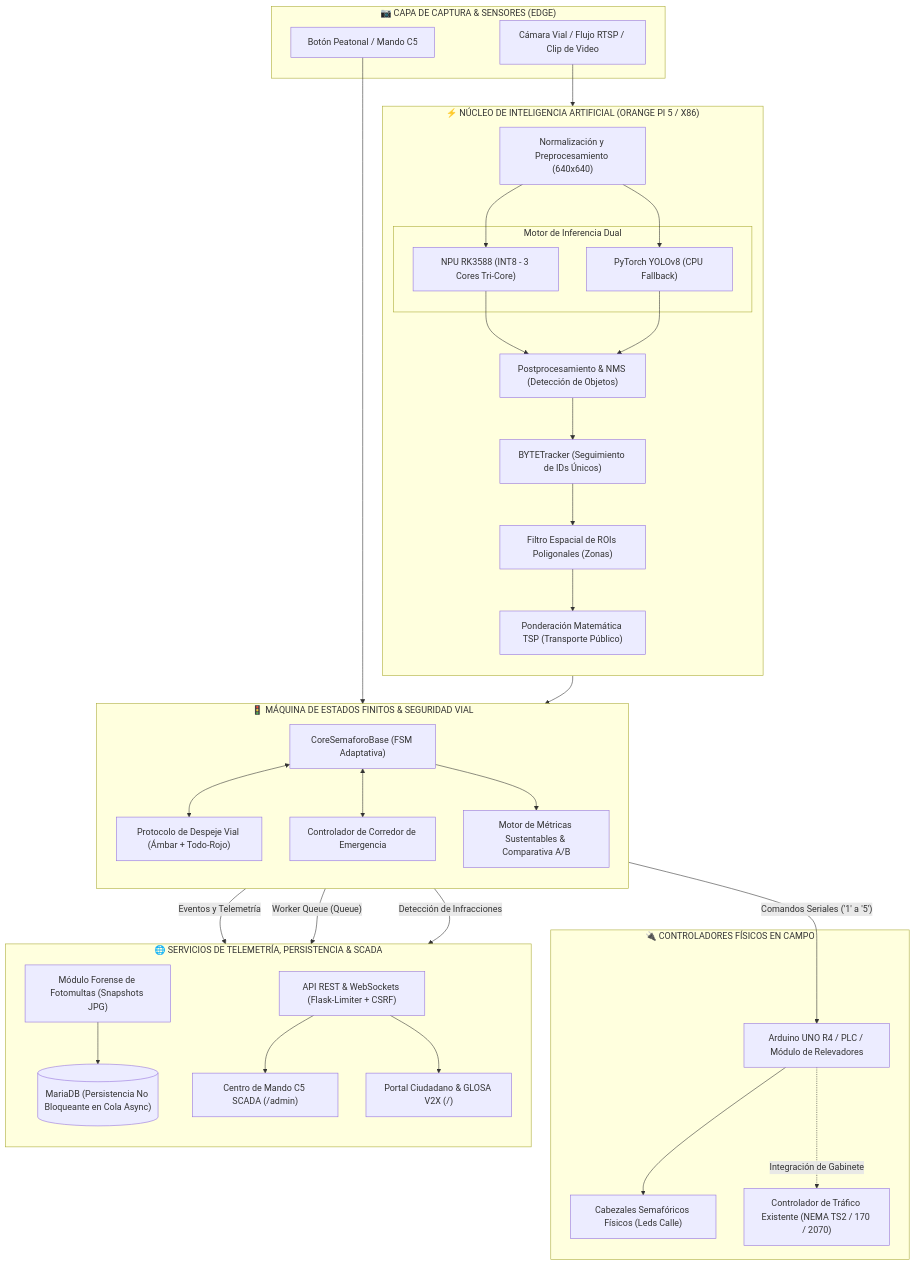
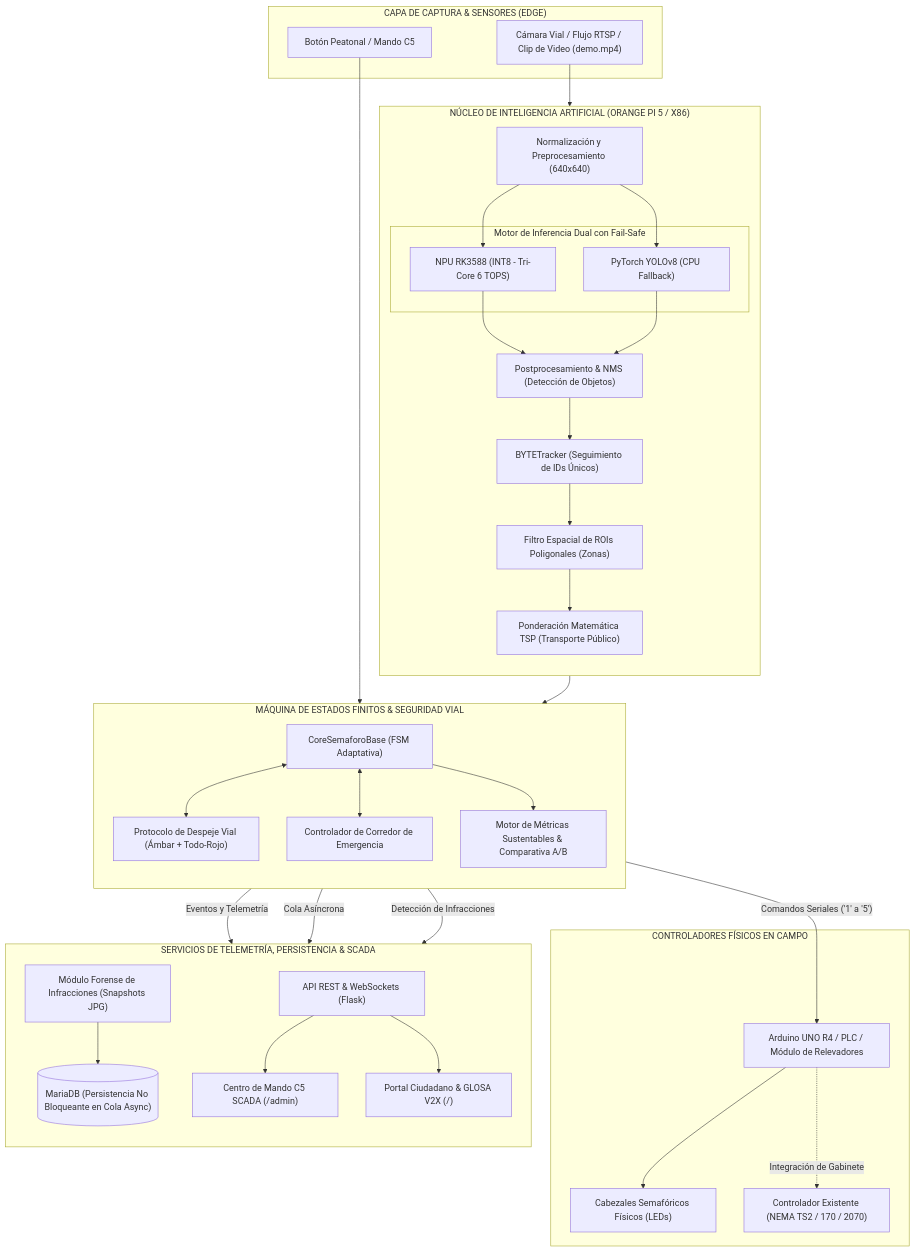
Before and after one commit to Pozole98/fluxa-smart-city: the diagram in README.md, drawn with Mermaid. The commit also changed other lines of this file and 5 other files, not shown here.

````diff
--- a/README.md
+++ b/README.md
@@ -52,73 +53,73 @@
 ```mermaid
 flowchart TD
-    subgraph SENSORICA ["📷 CAPA DE CAPTURA & SENSORES (EDGE)"]
-        CAM["Cámara Vial / Flujo RTSP / Clip de Video"]
+    subgraph SENSORICA ["CAPA DE CAPTURA & SENSORES (EDGE)"]
+        CAM["Cámara Vial / Flujo RTSP / Clip de Video (demo.mp4)"]
         CALL_BTN["Botón Peatonal / Mando C5"]
     end
 
-    subgraph PROCESAMIENTO ["⚡ NÚCLEO DE INTELIGENCIA ARTIFICIAL (ORANGE PI 5 / X86)"]
+    subgraph PROCESAMIENTO ["NÚCLEO DE INTELIGENCIA ARTIFICIAL (ORANGE PI 5 / X86)"]
         direction TB
         PRE["Normalización y Preprocesamiento (640x640)"]
         
-        subgraph INFERENCIA ["Motor de Inferencia Dual"]
-            RKNN["NPU RK3588 (INT8 - 3 Cores Tri-Core)"]
+        subgraph INFERENCIA ["Motor de Inferencia Dual con Fail-Safe"]
+            RKNN["NPU RK3588 (INT8 - Tri-Core 6 TOPS)"]
             CPU_ENGINE["PyTorch YOLOv8 (CPU Fallback)"]
         end
         
         POST["Postprocesamiento & NMS (Detección de Objetos)"]
         TRACKER["BYTETracker (Seguimiento de IDs Únicos)"]
         ROI["Filtro Espacial de ROIs Poligonales (Zonas)"]
         TSP["Ponderación Matemática TSP (Transporte Público)"]
     end
 
-    subgraph FSM_CORE ["🚦 MÁQUINA DE ESTADOS FINITOS & SEGURIDAD VIAL"]
+    subgraph FSM_CORE ["MÁQUINA DE ESTADOS FINITOS & SEGURIDAD VIAL"]
         direction TB
         FSM["CoreSemaforoBase (FSM Adaptativa)"]
         CLEARANCE["Protocolo de Despeje Vial (Ámbar + Todo-Rojo)"]
         EMERGENCY["Controlador de Corredor de Emergencia"]
         SUSTAIN["Motor de Métricas Sustentables & Comparativa A/B"]
     end
 
-    subgraph HARDWARE_OUTPUT ["🔌 CONTROLADORES FÍSICOS EN CAMPO"]
+    subgraph HARDWARE_OUTPUT ["CONTROLADORES FÍSICOS EN CAMPO"]
         ARDUINO["Arduino UNO R4 / PLC / Módulo de Relevadores"]
-        LIGHTS["Cabezales Semafóricos Físicos (Leds Calle)"]
-        CONTROLLER_EX["Controlador de Tráfico Existente (NEMA TS2 / 170 / 2070)"]
+        LIGHTS["Cabezales Semafóricos Físicos (LEDs)"]
+        CONTROLLER_EX["Controlador Existente (NEMA TS2 / 170 / 2070)"]
     end
 
-    subgraph SERVICIOS ["🌐 SERVICIOS DE TELEMETRÍA, PERSISTENCIA & SCADA"]
+    subgraph SERVICIOS ["SERVICIOS DE TELEMETRÍA, PERSISTENCIA & SCADA"]
         direction TB
         MARIADB[("MariaDB (Persistencia No Bloqueante en Cola Async)")]
-        FLASK_API["API REST & WebSockets (Flask-Limiter + CSRF)"]
+        FLASK_API["API REST & WebSockets (Flask)"]
         SCADA["Centro de Mando C5 SCADA (/admin)"]
         PUBLIC_PORTAL["Portal Ciudadano & GLOSA V2X (/)"]
-        VIOLATIONS["Módulo Forense de Fotomultas (Snapshots JPG)"]
+        VIOLATIONS["Módulo Forense de Infracciones (Snapshots JPG)"]
     end
 
     %% Conexiones
     CAM --> PRE
     CALL_BTN --> FSM
     PRE --> RKNN
     PRE --> CPU_ENGINE
     RKNN --> POST
     CPU_ENGINE --> POST
     POST --> TRACKER
     TRACKER --> ROI
     ROI --> TSP
     TSP --> FSM
     
     FSM <--> CLEARANCE
     FSM <--> EMERGENCY
     FSM --> SUSTAIN
     
     FSM -->|"Comandos Seriales ('1' a '5')"| ARDUINO
     ARDUINO --> LIGHTS
     ARDUINO -.->|"Integración de Gabinete"| CONTROLLER_EX
     
     FSM -->|"Eventos y Telemetría"| FLASK_API
-    FSM -->|"Worker Queue (Queue)"| MARIADB
+    FSM -->|"Cola Asíncrona"| MARIADB
     FSM -->|"Detección de Infracciones"| VIOLATIONS
     
     FLASK_API --> SCADA
     FLASK_API --> PUBLIC_PORTAL
     VIOLATIONS --> MARIADB
 ```
````
